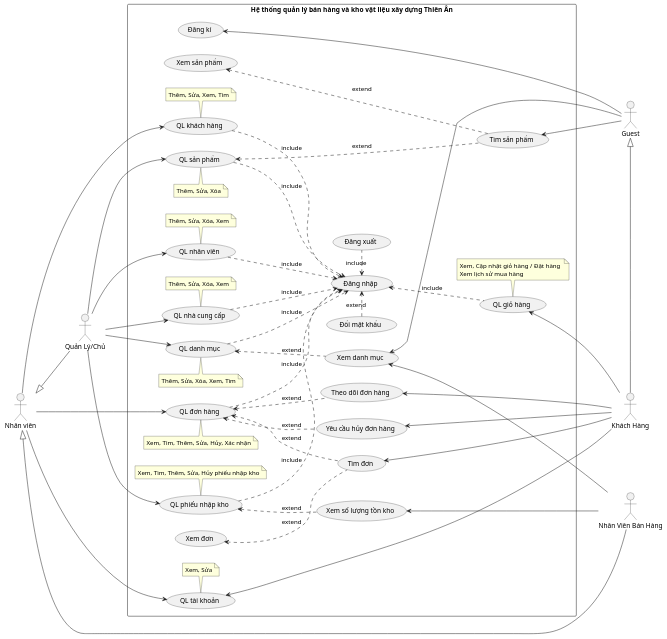
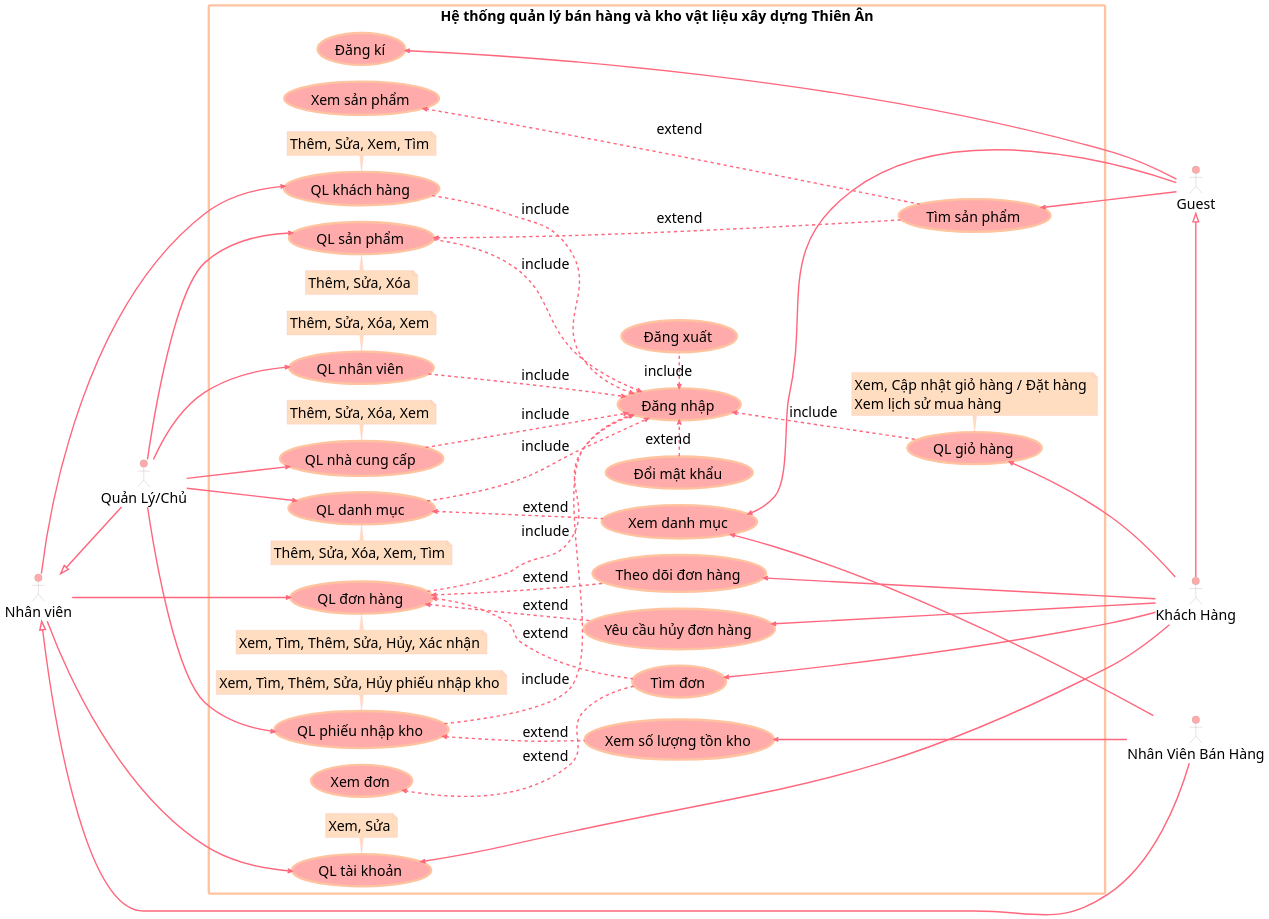
Before and after one commit to ThanhdatOris/LAB2211: the first of 2 diagrams in assets/plantuml/Oris/Oris-NewUC.puml, drawn with PlantUML. The commit also changed other lines of this file, not shown here.

```diff
--- a/assets/plantuml/Oris/Oris-NewUC.puml
+++ b/assets/plantuml/Oris/Oris-NewUC.puml
@@ -5,144 +5,178 @@
 @startuml
 
 skinparam shadowing false
+skinparam defaultFontName Montserrat
+skinparam defaultFontSize 30
+skinparam titleFontSize 50
+skinparam ArrowThickness 3
+skinparam ArrowMessageAlignment center
+skinparam ArrowHeadColor #FF677D
+
+
+skinparam note {
+    BackgroundColor #FFDDC1
+    BorderColor #FFABAB
+    FontName Montserrat
+}
+skinparam usecase {
+    BackgroundColor #FFABAB
+    BorderColor #FFC3A0
+    ArrowColor #FF677D
+    FontName Montserrat
+    BorderThickness 5
+}
+skinparam actor {
+    BackgroundColor #FFABAB
+    BorderColor #A28089
+    FontName "Montserrat BLack"
+    
+}
+
+skinparam rectangle {
+    FontName "Montserrat BLack"
+    BorderColor #FFC3A0
+    BorderThickness 5
+    ArrowColor #FF677D
+}
+
 left to right direction
 
 '------------- Actor -------------
 
 actor "Nhân viên" as NV
 actor "Quản Lý/Chủ" as NVQL
 actor "Nhân Viên Bán Hàng" as NVBH
 actor "Guest" as GUEST
 actor "Khách Hàng" as KH
 
     '----------- Kế thừa -----------
 
     ' NVQL --|> NV
     NV <|-- NVQL
     ' NVBH --|> NV
     NV <|-down- NVBH
     ' KH --|> GUEST
     GUEST <|-right- KH
 
 '------------- Boundary -------------
 
 rectangle "Hệ thống quản lý bán hàng và kho vật liệu xây dựng Thiên Ân" {
 
     '>>>>>>>>>>>>>>> Khai báo >>>>>>>>>>>>>>>
 
     '------------- UceeCase Tổng quát -------------
 
     'Quản lý Tài khoản
     (QL tài khoản) as QLTK
     'Quản lý Danh mục
     (QL danh mục) as QLDM
     'Quản lý Kho hàng
     (QL phiếu nhập kho) as QLKHO
     'Quản lý Nhân viên
     (QL nhân viên) as QLNV
     'Quản lý Nhà cung cấp
     (QL nhà cung cấp) as QLNCC
     'Quản lý Đơn hàng
     (QL đơn hàng) as QLDH
     'Quản lý Sản phẩm
     (QL sản phẩm) as QLSP
     'Quản lý Giỏ hàng
     (QL giỏ hàng) as QLGH
     'Quản lý Khách hàng
     (QL khách hàng) as QLKH
 
     note bottom of QLTK: Xem, Sửa
     note top of QLDM: Thêm, Sửa, Xóa, Xem, Tìm
     note bottom of QLKHO: Xem, Tìm, Thêm, Sửa, Hủy phiếu nhập kho
     note bottom of QLNV: Thêm, Sửa, Xóa, Xem
     note bottom of QLNCC: Thêm, Sửa, Xóa, Xem
     note top of QLDH: Xem, Tìm, Thêm, Sửa, Hủy, Xác nhận
     note top of QLSP: Thêm, Sửa, Xóa
     note bottom of QLGH: Xem, Cập nhật giỏ hàng / Đặt hàng \nXem lịch sử mua hàng
     note bottom of QLKH: Thêm, Sửa, Xem, Tìm
 
     '------------- UceeCase Chi tiết -------------
 
     (Xem danh mục) as XEM_DMSP
     (Xem số lượng tồn kho) as XEM_HANG
     (Tìm đơn) as TIM_DH
     (Xem đơn) as XEM_DH
     (Theo dõi đơn hàng) as THEO_DOI_DH
     (Yêu cầu hủy đơn hàng) as YCHUY_DH
     (Xem sản phẩm) as XEM_SP
     (Tìm sản phẩm) as TIM_SP
     
     (Đăng xuất) as Logout
     (Đăng nhập) as Login
     (Đăng kí) as SignUp
     (Đổi mật khẩu) as ChangePass
 
     '>>>>>>>>>>>>>>> Hướng >>>>>>>>>>>>>>
 
     Login <. Logout: include
     ChangePass .> Login : extend
     
     'Tất cả các usecase đều include Login
     QLDM ..> Login : include
     QLDH ..> Login : include
     QLSP ..> Login : include
     QLNCC ..> Login : include
     QLKH ..> Login : include
     QLNV ..> Login : include
     QLKHO ..> Login : include
     Login <.. QLGH: include
 
     '----------- Nhân viên (Parent) -----------
     
     NV --> QLDH
     NV --> QLTK
     NV --> QLKH
 
     '----------- Quản lý -----------
 
     NVQL --> QLDM
     NVQL --> QLKHO
     NVQL --> QLNV
     NVQL --> QLNCC
     NVQL --> QLSP
 
     'Sản phẩm
     QLSP <... TIM_SP: extend
 
     'Danh mục sp
     QLDM <.. XEM_DMSP: extend
 
     'Kho hàng
     QLKHO <.. XEM_HANG  : extend
 
     'Đơn hàng
     QLDH <.. TIM_DH: extend
 
     '----------- Nhân Viên Bán Hàng -----------
 
     ' NVBH ---> XEM_HANG
     ' NVBH --> XEM_DMSP
 
     XEM_HANG <--- NVBH
     XEM_DMSP <--- NVBH
 
     '----------- Khách Hàng -----------
 
     SignUp <- GUEST
     TIM_SP <-- GUEST
     XEM_DMSP <-- GUEST
 
     XEM_SP <... TIM_SP: extend
     XEM_DH <.. TIM_DH: extend
 
     QLDH <.. YCHUY_DH: extend
     QLDH <.. THEO_DOI_DH: extend
 
     QLGH <-- KH
     QLTK <- KH
     YCHUY_DH <-- KH
     THEO_DOI_DH <-- KH
     TIM_DH <-- KH
 }
 
 @enduml
```
